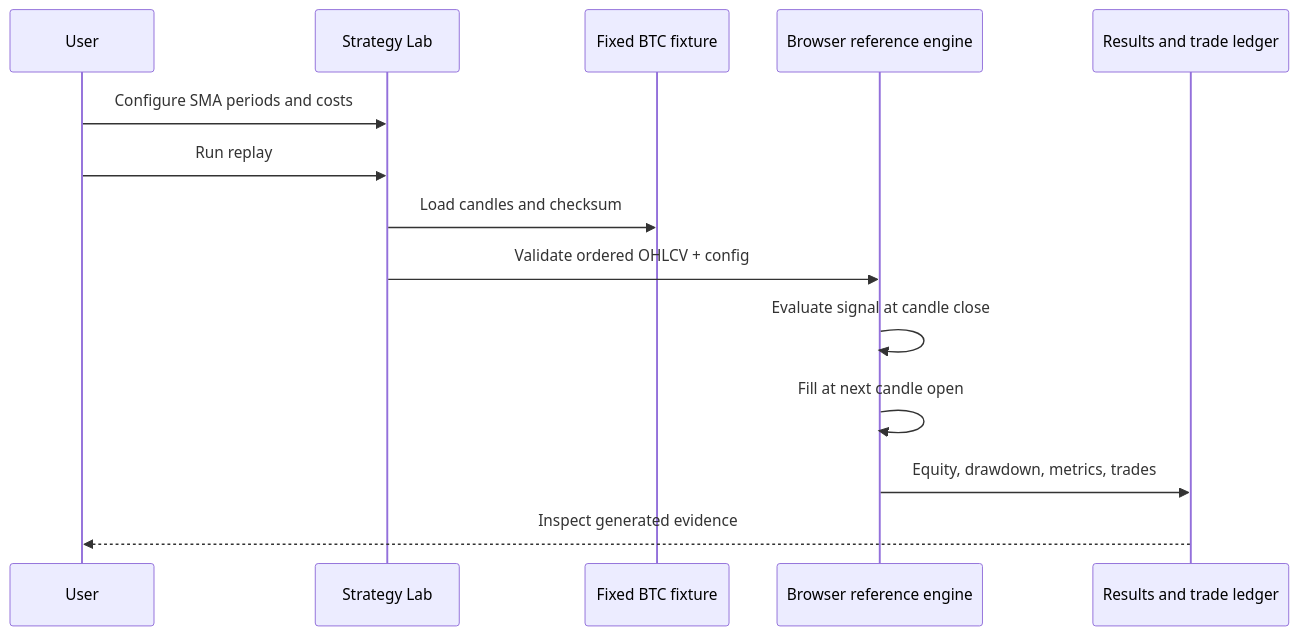
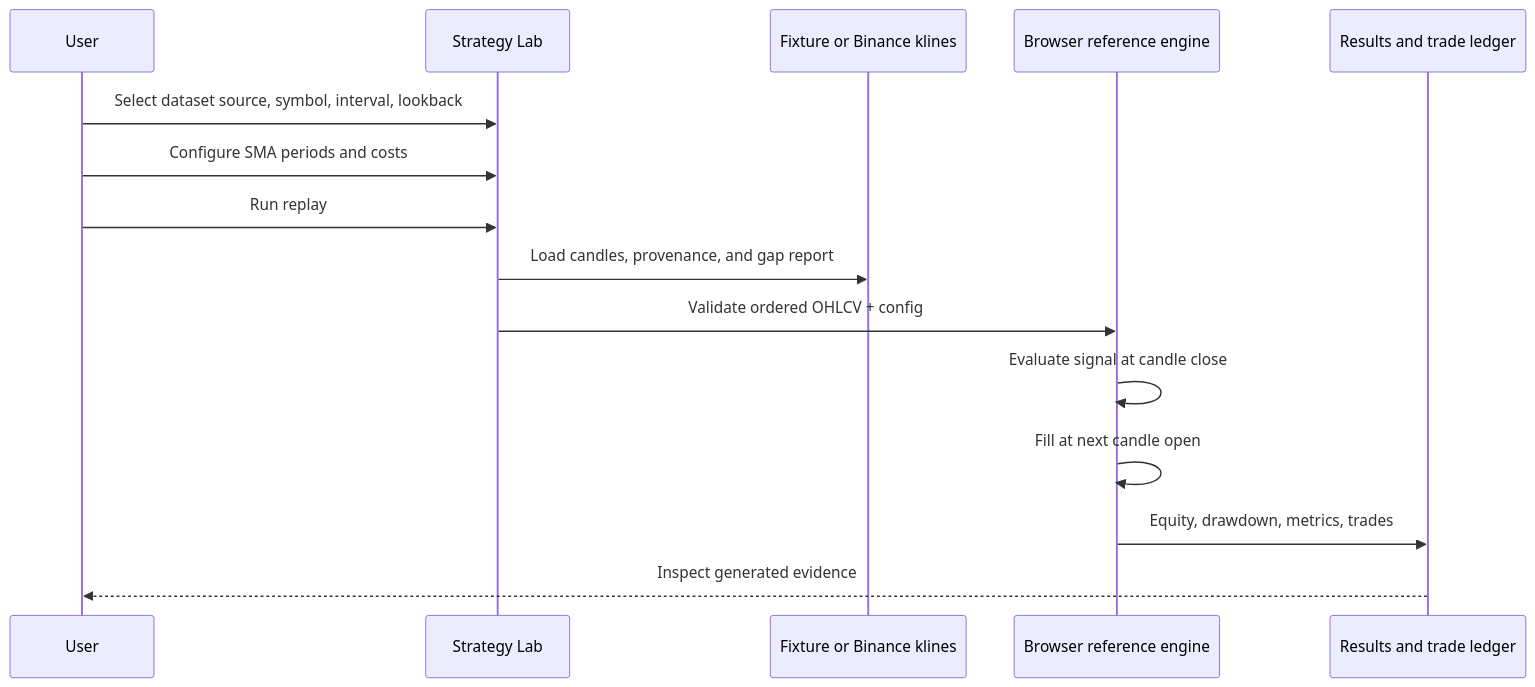
One commit to JWHaan/quant.term changed the third of 3 diagrams in ARCHITECTURE.md. Above: the diagram before and after it, drawn with Mermaid. The commit also changed other lines of this file and 18 other files, not shown here.

First line of the commit message:
feat: Strategy Lab v2 — real Binance historical replay (#23)

```diff
--- a/ARCHITECTURE.md
+++ b/ARCHITECTURE.md
@@ -121,17 +122,18 @@
 ~~~mermaid
 sequenceDiagram
     participant User
     participant Lab as Strategy Lab
-    participant Fixture as Fixed BTC fixture
+    participant Dataset as Fixture or Binance klines
     participant Engine as Browser reference engine
     participant Result as Results and trade ledger
 
+    User->>Lab: Select dataset source, symbol, interval, lookback
     User->>Lab: Configure SMA periods and costs
     User->>Lab: Run replay
-    Lab->>Fixture: Load candles and checksum
+    Lab->>Dataset: Load candles, provenance, and gap report
     Lab->>Engine: Validate ordered OHLCV + config
     Engine->>Engine: Evaluate signal at candle close
     Engine->>Engine: Fill at next candle open
     Engine->>Result: Equity, drawdown, metrics, trades
     Result-->>User: Inspect generated evidence
 ~~~
```
